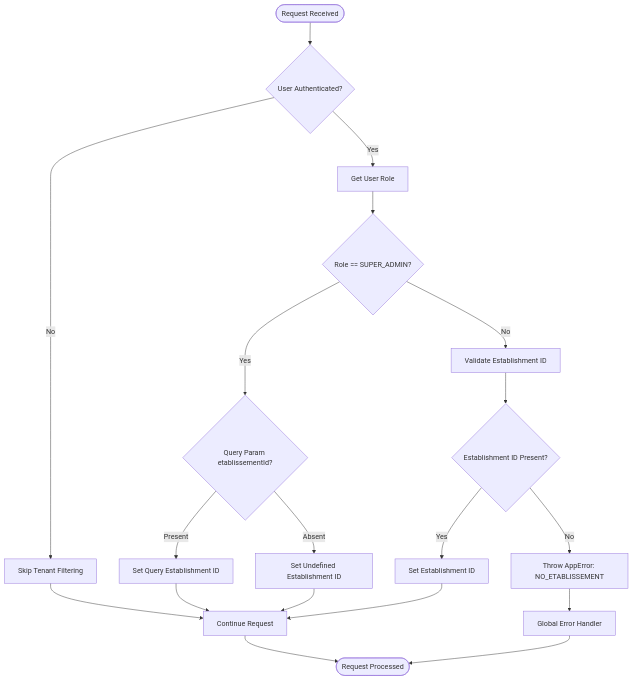
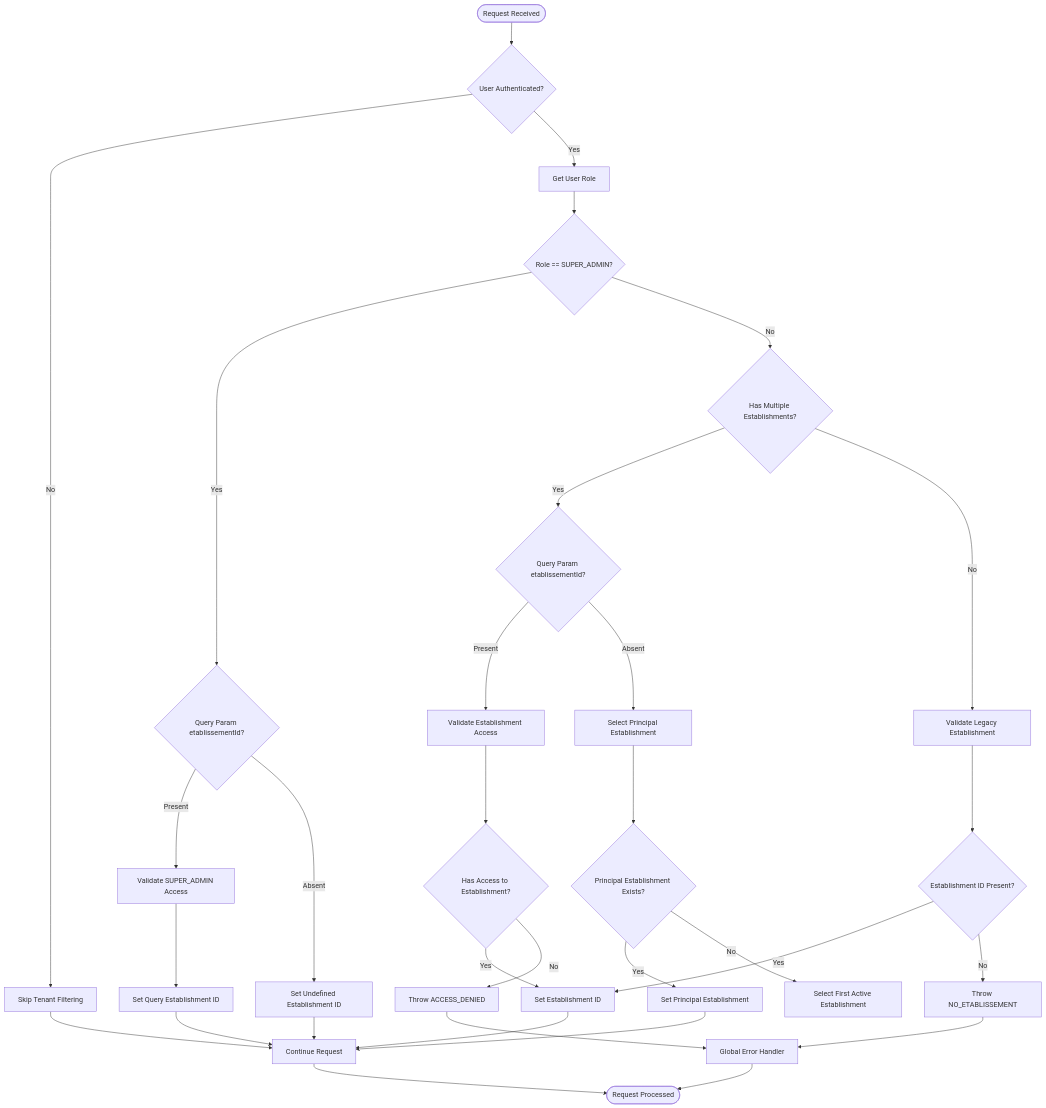
The third of 6 diagrams in .qoder/repowiki/en/content/Modules & Features/Administrative Modules/Security & Governance/Tenant Middleware.md (franckylab/eLISAschool), drawn with Mermaid before and after one commit. The commit also changed other lines of this file and 281 other files, not shown here.

````diff
--- a/.qoder/repowiki/en/content/Modules & Features/Administrative Modules/Security & Governance/Tenant Middleware.md
+++ b/.qoder/repowiki/en/content/Modules & Features/Administrative Modules/Security & Governance/Tenant Middleware.md
@@ -152,21 +205,34 @@
 ```mermaid
 flowchart TD
 Start([Request Received]) --> CheckAuth{User Authenticated?}
 CheckAuth --> |No| SkipTenant[Skip Tenant Filtering]
 CheckAuth --> |Yes| GetRole[Get User Role]
 GetRole --> CheckSuperAdmin{Role == SUPER_ADMIN?}
 CheckSuperAdmin --> |Yes| CheckQueryParam{Query Param etablissementId?}
-CheckSuperAdmin --> |No| ValidateEstablishment[Validate Establishment ID]
-CheckQueryParam --> |Present| SetQueryEstablishment[Set Query Establishment ID]
+CheckSuperAdmin --> |No| CheckMultiEstablishments{Has Multiple Establishments?}
+CheckQueryParam --> |Present| ValidateSuperAdminAccess[Validate SUPER_ADMIN Access]
 CheckQueryParam --> |Absent| SetUndefined[Set Undefined Establishment ID]
-ValidateEstablishment --> HasEstablishment{Establishment ID Present?}
-HasEstablishment --> |Yes| SetEstablishment[Set Establishment ID]
-HasEstablishment --> |No| ThrowError[Throw AppError: NO_ETABLISSEMENT]
+ValidateSuperAdminAccess --> SetQueryEstablishment[Set Query Establishment ID]
+CheckMultiEstablishments --> |Yes| CheckRequestedId{Query Param etablissementId?}
+CheckMultiEstablishments --> |No| ValidateLegacyEstablishment[Validate Legacy Establishment]
+CheckRequestedId --> |Present| ValidateEstablishmentAccess[Validate Establishment Access]
+CheckRequestedId --> |Absent| SelectPrincipalEstablishment[Select Principal Establishment]
+ValidateEstablishmentAccess --> HasAccess{Has Access to Establishment?}
+HasAccess --> |Yes| SetEstablishment[Set Establishment ID]
+HasAccess --> |No| ThrowAccessDenied[Throw ACCESS_DENIED]
+SelectPrincipalEstablishment --> HasPrincipal{Principal Establishment Exists?}
+HasPrincipal --> |Yes| SetPrincipal[Set Principal Establishment]
+HasPrincipal --> |No| SelectFirstActive[Select First Active Establishment]
+ValidateLegacyEstablishment --> HasEstablishment{Establishment ID Present?}
+HasEstablishment --> |Yes| SetEstablishment
+HasEstablishment --> |No| ThrowNoEstablishment[Throw NO_ETABLISSEMENT]
 SetQueryEstablishment --> Continue[Continue Request]
 SetUndefined --> Continue
+SetPrincipal --> Continue
 SetEstablishment --> Continue
 SkipTenant --> Continue
-ThrowError --> ErrorHandler[Global Error Handler]
+ThrowAccessDenied --> ErrorHandler[Global Error Handler]
+ThrowNoEstablishment --> ErrorHandler
 Continue --> End([Request Processed])
 ErrorHandler --> End
 ```
````
